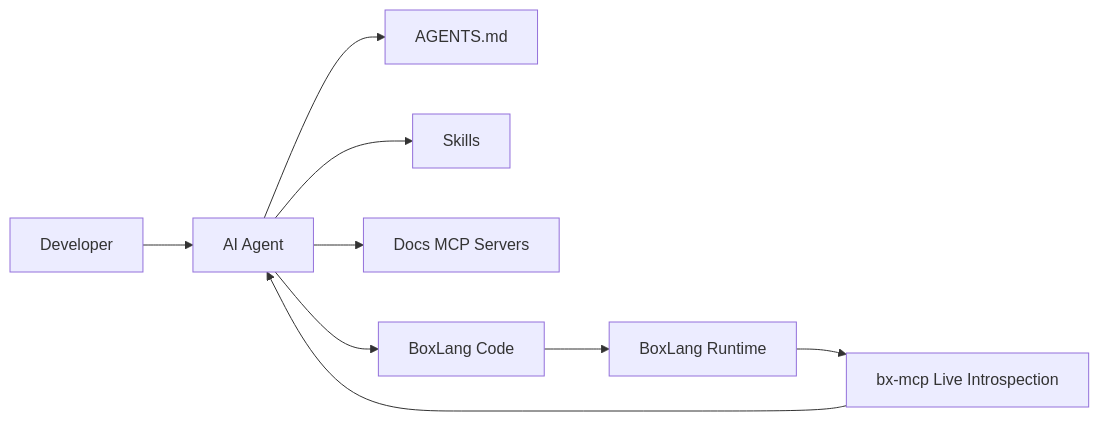
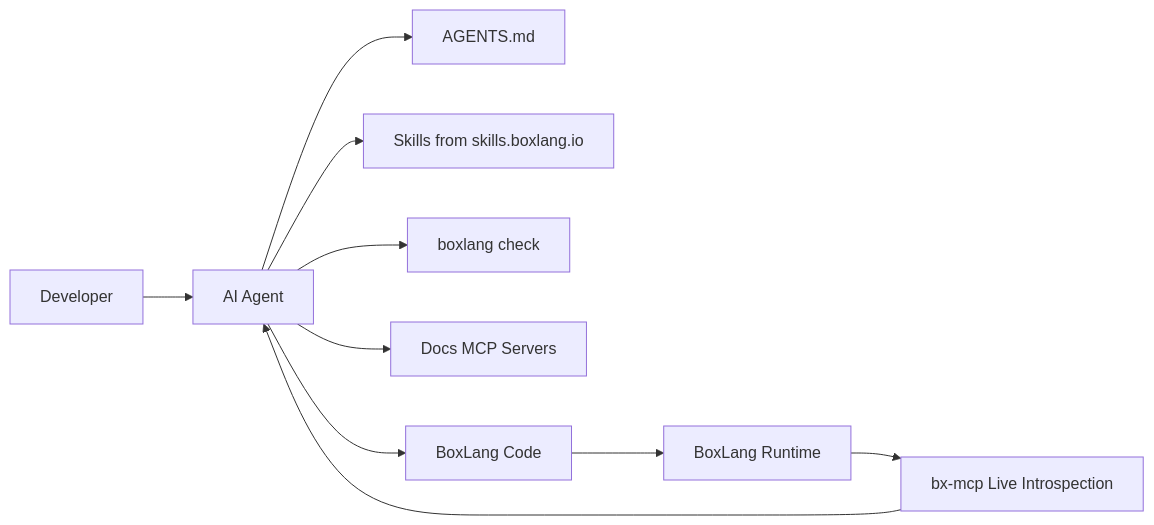
One commit to ortus-boxlang/boxlang-docs changed the diagram in getting-started/agentic-development/README.md. Above: the diagram before and after it, drawn with Mermaid. The commit also changed other lines of this file and 8 other files, not shown here.

First line of the commit message:
Showcase skills.boxlang.io and add boxlang check to Agentic Development

````diff
--- a/getting-started/agentic-development/README.md
+++ b/getting-started/agentic-development/README.md
@@ -26,11 +27,12 @@
 ```mermaid
 flowchart LR
     Dev[Developer] --> Agent[AI Agent]
     Agent --> Guide[AGENTS.md]
-    Agent --> Skills[Skills]
+    Agent --> Skills[Skills from skills.boxlang.io]
+    Agent --> Check[boxlang check]
     Agent --> DocsMCP[Docs MCP Servers]
     Agent --> Code[BoxLang Code]
     Code --> Runtime[BoxLang Runtime]
     Runtime --> BxMcp[bx-mcp Live Introspection]
     BxMcp --> Agent
 ```
````
